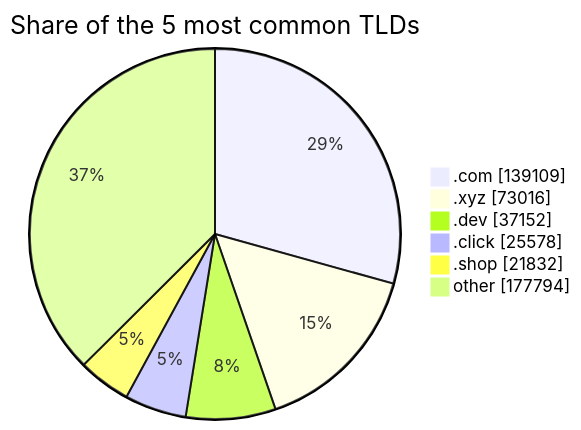
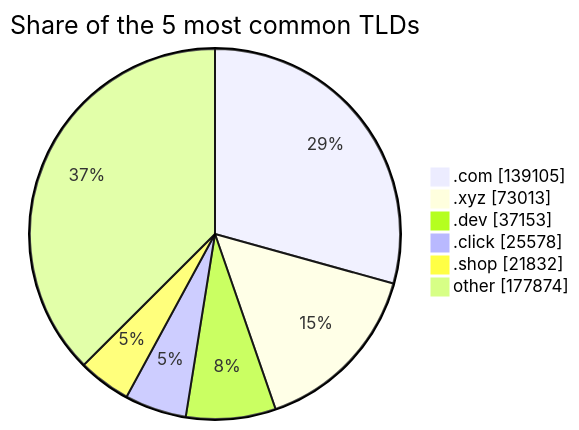
One commit to DNSBunker/CTI changed the third of 3 diagrams in README.md. Above: the diagram before and after it, drawn with Mermaid. The commit also changed other lines of this file and 3 other files, not shown here.

````diff
--- a/README.md
+++ b/README.md
@@ -81,9 +81,9 @@
 ```mermaid
 pie showData title Share of the 5 most common TLDs
-    ".com" : 139109
-    ".xyz" : 73016
-    ".dev" : 37152
+    ".com" : 139105
+    ".xyz" : 73013
+    ".dev" : 37153
     ".click" : 25578
     ".shop" : 21832
-    "other" : 177794
+    "other" : 177874
 ```
````
